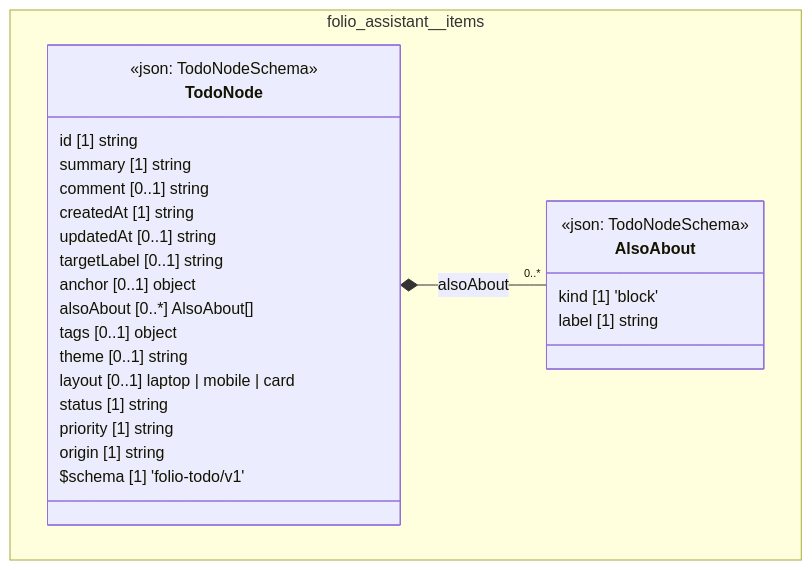
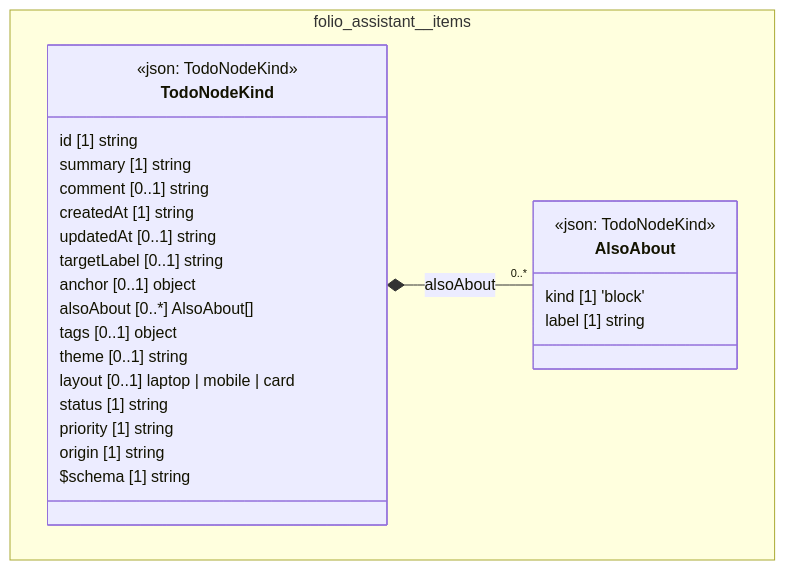
The diagram in cat-harness/docs/uml/overview/folio-assistant/items.md (litlfred/folio-assistant), drawn with Mermaid before and after one commit. The commit also changed other lines of this file and 171 other files, not shown here.

````diff
--- a/cat-harness/docs/uml/overview/folio-assistant/items.md
+++ b/cat-harness/docs/uml/overview/folio-assistant/items.md
@@ -42,32 +42,32 @@
 ```mermaid
 classDiagram
   direction TB
   namespace folio_assistant__items {
     class folio_assistant_items_AlsoAbout["AlsoAbout"] {
-      <<json: TodoNodeSchema>>
+      <<json: TodoNodeKind>>
       kind [1] 'block'
       label [1] string
     }
-    class folio_assistant_items_TodoNode["TodoNode"] {
-      <<json: TodoNodeSchema>>
+    class folio_assistant_items_TodoNodeKind["TodoNodeKind"] {
+      <<json: TodoNodeKind>>
       id [1] string
       summary [1] string
       comment [0..1] string
       createdAt [1] string
       updatedAt [0..1] string
       targetLabel [0..1] string
       anchor [0..1] object
       alsoAbout [0..*] AlsoAbout[]
       tags [0..1] object
       theme [0..1] string
       layout [0..1] laptop | mobile | card
       status [1] string
       priority [1] string
       origin [1] string
-      $schema [1] 'folio-todo/v1'
+      $schema [1] string
     }
   }
-  folio_assistant_items_TodoNode *-- "0..*" folio_assistant_items_AlsoAbout : alsoAbout
+  folio_assistant_items_TodoNodeKind *-- "0..*" folio_assistant_items_AlsoAbout : alsoAbout
   cssClass "folio_assistant_items_AlsoAbout" fa_uml_kind_todo_items
-  cssClass "folio_assistant_items_TodoNode" fa_uml_kind_todo_items
+  cssClass "folio_assistant_items_TodoNodeKind" fa_uml_kind_todo_items
 ```
````
